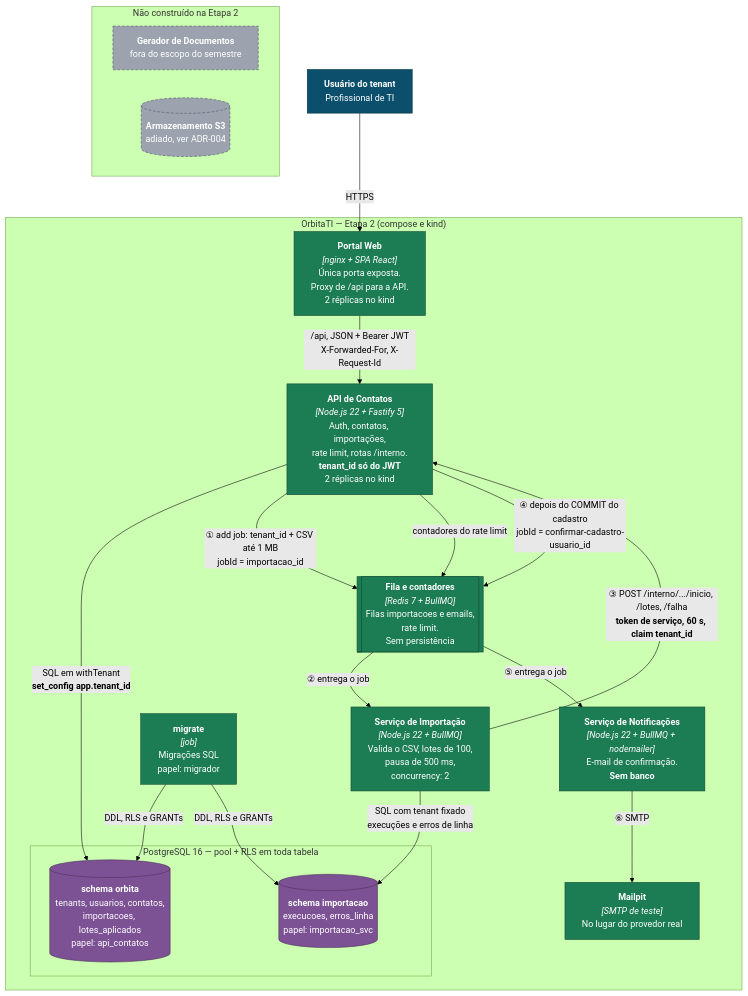
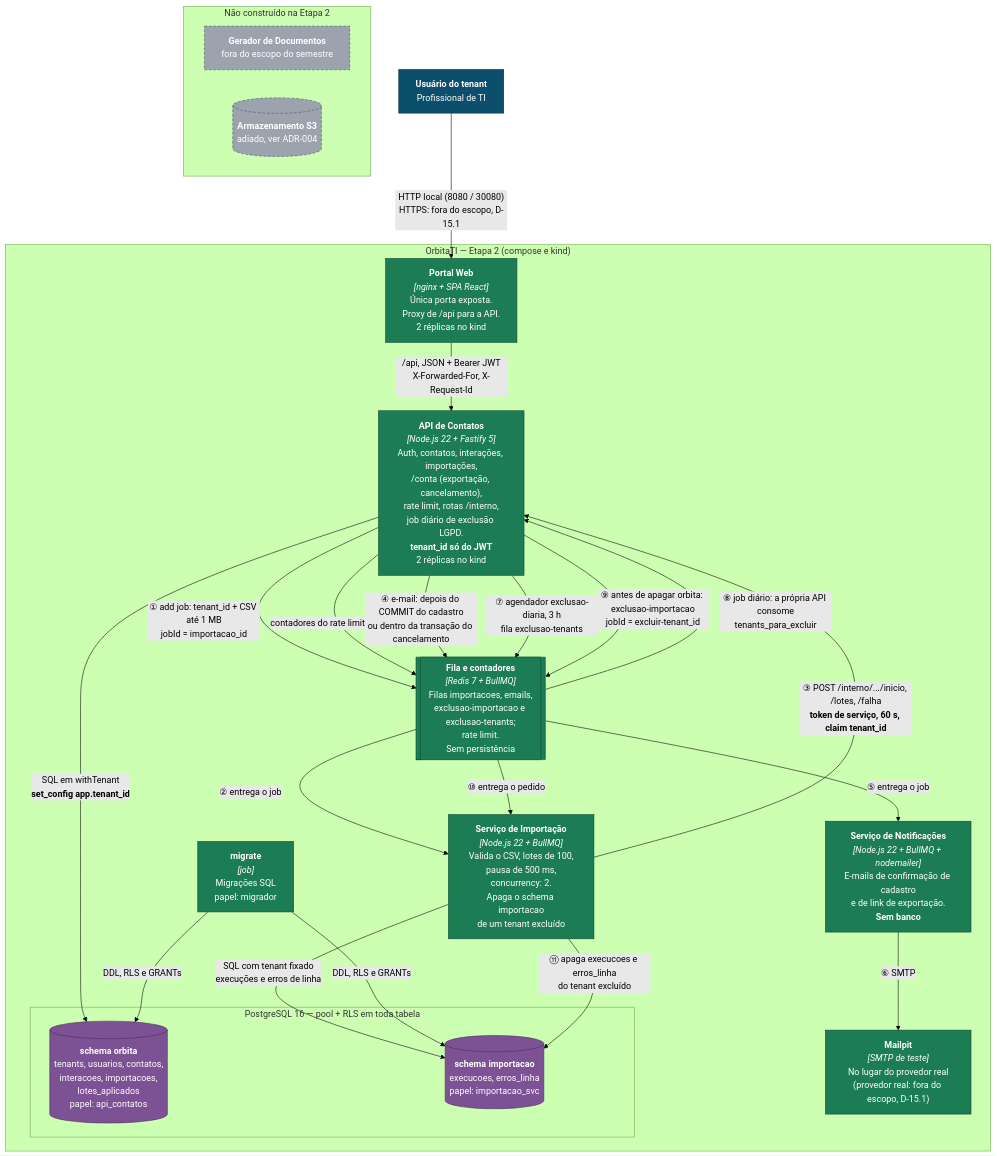
Before and after one commit to andrielschultzz/OrbitaTI: the fourth of 5 diagrams in docs/02-arquitetura-c4.md, drawn with Mermaid (forest theme). The commit also changed other lines of this file and 22 other files, not shown here.

Commit message:
Bloco 15: docs conferidos com o codigo (contrato 1.7, C4 estado final, D-15.1 apresentacao local), B12 login com e-mail malformado, etapa-3, etapa-4, roteiro da defesa e uso de IA

````diff
--- a/docs/02-arquitetura-c4.md
+++ b/docs/02-arquitetura-c4.md
@@ -226,55 +228,60 @@
 ```mermaid
 flowchart TB
     user["<b>Usuário do tenant</b><br/>Profissional de TI"]
 
     subgraph sistema["OrbitaTI — Etapa 2 (compose e kind)"]
         portal["<b>Portal Web</b><br/><i>[nginx + SPA React]</i><br/>Única porta exposta.<br/>Proxy de /api para a API.<br/>2 réplicas no kind"]
 
-        api["<b>API de Contatos</b><br/><i>[Node.js 22 + Fastify 5]</i><br/>Auth, contatos, importações,<br/>rate limit, rotas /interno.<br/><b>tenant_id só do JWT</b><br/>2 réplicas no kind"]
+        api["<b>API de Contatos</b><br/><i>[Node.js 22 + Fastify 5]</i><br/>Auth, contatos, interações, importações,<br/>/conta (exportação, cancelamento),<br/>rate limit, rotas /interno,<br/>job diário de exclusão LGPD.<br/><b>tenant_id só do JWT</b><br/>2 réplicas no kind"]
 
-        redis[["<b>Fila e contadores</b><br/><i>[Redis 7 + BullMQ]</i><br/>Filas importacoes e emails,<br/>rate limit.<br/>Sem persistência"]]
+        redis[["<b>Fila e contadores</b><br/><i>[Redis 7 + BullMQ]</i><br/>Filas importacoes, emails,<br/>exclusao-importacao e exclusao-tenants;<br/>rate limit.<br/>Sem persistência"]]
 
-        worker["<b>Serviço de Importação</b><br/><i>[Node.js 22 + BullMQ]</i><br/>Valida o CSV, lotes de 100,<br/>pausa de 500 ms,<br/>concurrency: 2"]
+        worker["<b>Serviço de Importação</b><br/><i>[Node.js 22 + BullMQ]</i><br/>Valida o CSV, lotes de 100,<br/>pausa de 500 ms,<br/>concurrency: 2.<br/>Apaga o schema importacao<br/>de um tenant excluído"]
 
         subgraph pg["PostgreSQL 16 — pool + RLS em toda tabela"]
-            orbita[("<b>schema orbita</b><br/>tenants, usuarios, contatos,<br/>importacoes, lotes_aplicados<br/>papel: api_contatos")]
+            orbita[("<b>schema orbita</b><br/>tenants, usuarios, contatos,<br/>interacoes, importacoes,<br/>lotes_aplicados<br/>papel: api_contatos")]
             imp[("<b>schema importacao</b><br/>execucoes, erros_linha<br/>papel: importacao_svc")]
         end
 
         migrate["<b>migrate</b><br/><i>[job]</i><br/>Migrações SQL<br/>papel: migrador"]
 
-        notif["<b>Serviço de Notificações</b><br/><i>[Node.js 22 + BullMQ + nodemailer]</i><br/>E-mail de confirmação.<br/><b>Sem banco</b>"]
+        notif["<b>Serviço de Notificações</b><br/><i>[Node.js 22 + BullMQ + nodemailer]</i><br/>E-mails de confirmação de cadastro<br/>e de link de exportação.<br/><b>Sem banco</b>"]
 
-        mailpit["<b>Mailpit</b><br/><i>[SMTP de teste]</i><br/>No lugar do provedor real"]
+        mailpit["<b>Mailpit</b><br/><i>[SMTP de teste]</i><br/>No lugar do provedor real<br/>(provedor real: fora do escopo, D-15.1)"]
     end
 
     subgraph naofeito["Não construído na Etapa 2"]
         wdoc["<b>Gerador de Documentos</b><br/>fora do escopo do semestre"]
         blob[("<b>Armazenamento S3</b><br/>adiado, ver ADR-004")]
     end
 
-    user -->|"HTTPS"| portal
+    user -->|"HTTP local (8080 / 30080)<br/>HTTPS: fora do escopo, D-15.1"| portal
     portal -->|"/api, JSON + Bearer JWT<br/>X-Forwarded-For, X-Request-Id"| api
     api -->|"SQL em withTenant<br/><b>set_config app.tenant_id</b>"| orbita
     api -->|"① add job: tenant_id + CSV até 1 MB<br/>jobId = importacao_id"| redis
     api -->|"contadores do rate limit"| redis
     redis -->|"② entrega o job"| worker
     worker -->|"③ POST /interno/.../inicio, /lotes, /falha<br/><b>token de serviço, 60 s, claim tenant_id</b>"| api
     worker -->|"SQL com tenant fixado<br/>execuções e erros de linha"| imp
     migrate -->|"DDL, RLS e GRANTs"| orbita
     migrate -->|"DDL, RLS e GRANTs"| imp
-    api -->|"④ depois do COMMIT do cadastro<br/>jobId = confirmar-cadastro-usuario_id"| redis
+    api -->|"④ e-mail: depois do COMMIT do cadastro<br/>ou dentro da transação do cancelamento"| redis
     redis -->|"⑤ entrega o job"| notif
     notif -->|"⑥ SMTP"| mailpit
+    api -->|"⑦ agendador exclusao-diaria, 3 h<br/>fila exclusao-tenants"| redis
+    redis -->|"⑧ job diário: a própria API consome<br/>tenants_para_excluir"| api
+    api -->|"⑨ antes de apagar orbita: exclusao-importacao<br/>jobId = excluir-tenant_id"| redis
+    redis -->|"⑩ entrega o pedido"| worker
+    worker -->|"⑪ apaga execucoes e erros_linha<br/>do tenant excluído"| imp
 
     classDef pessoa fill:#0b4f6c,stroke:#08313f,color:#fff
     classDef container fill:#1c7c54,stroke:#0f4a31,color:#fff
     classDef dados fill:#7c5295,stroke:#4a2f59,color:#fff
     classDef parcial fill:#b45309,stroke:#78350f,color:#fff
     classDef ausente fill:#9ca3af,stroke:#4b5563,color:#fff,stroke-dasharray: 5 3
 
     class user pessoa
     class portal,api,redis,worker,migrate,notif,mailpit container
     class orbita,imp dados
     class wdoc,blob ausente
 ```
````
